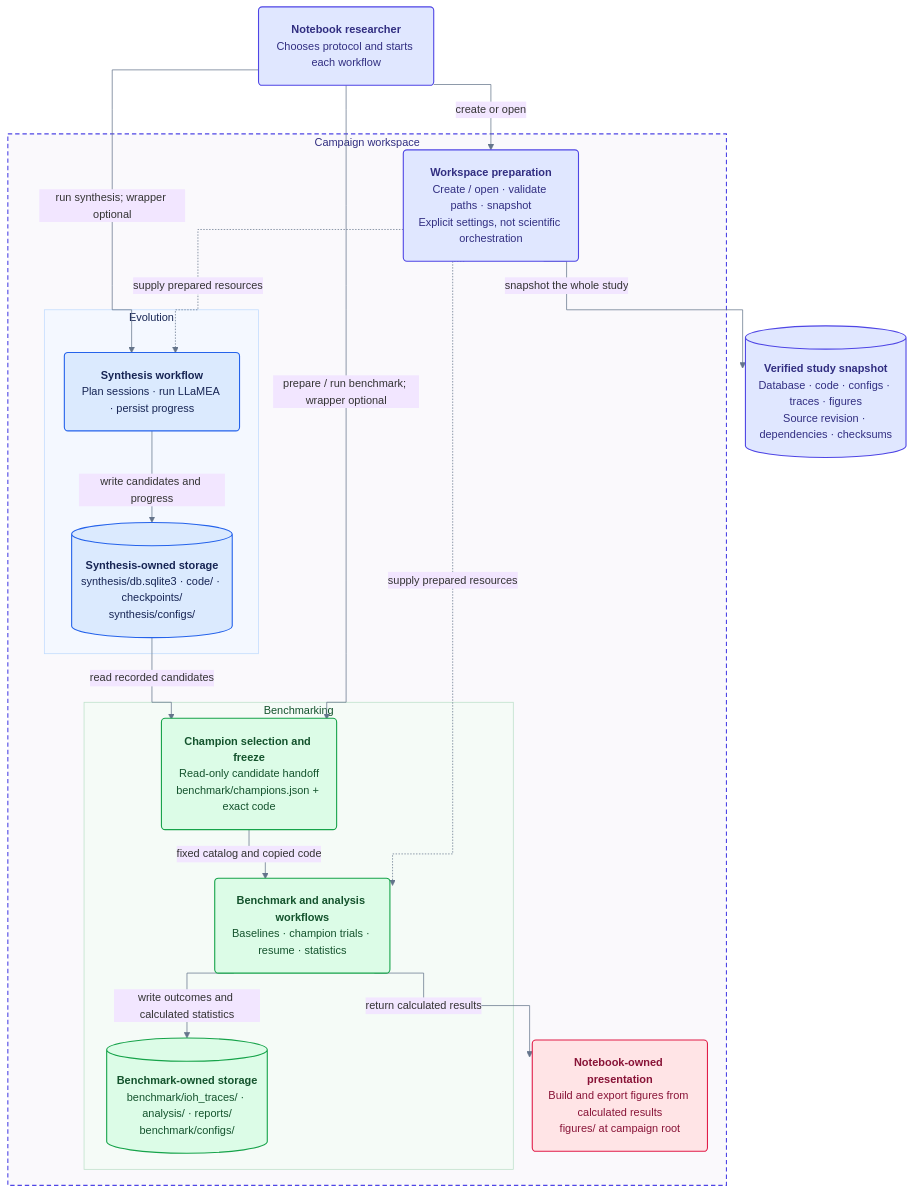
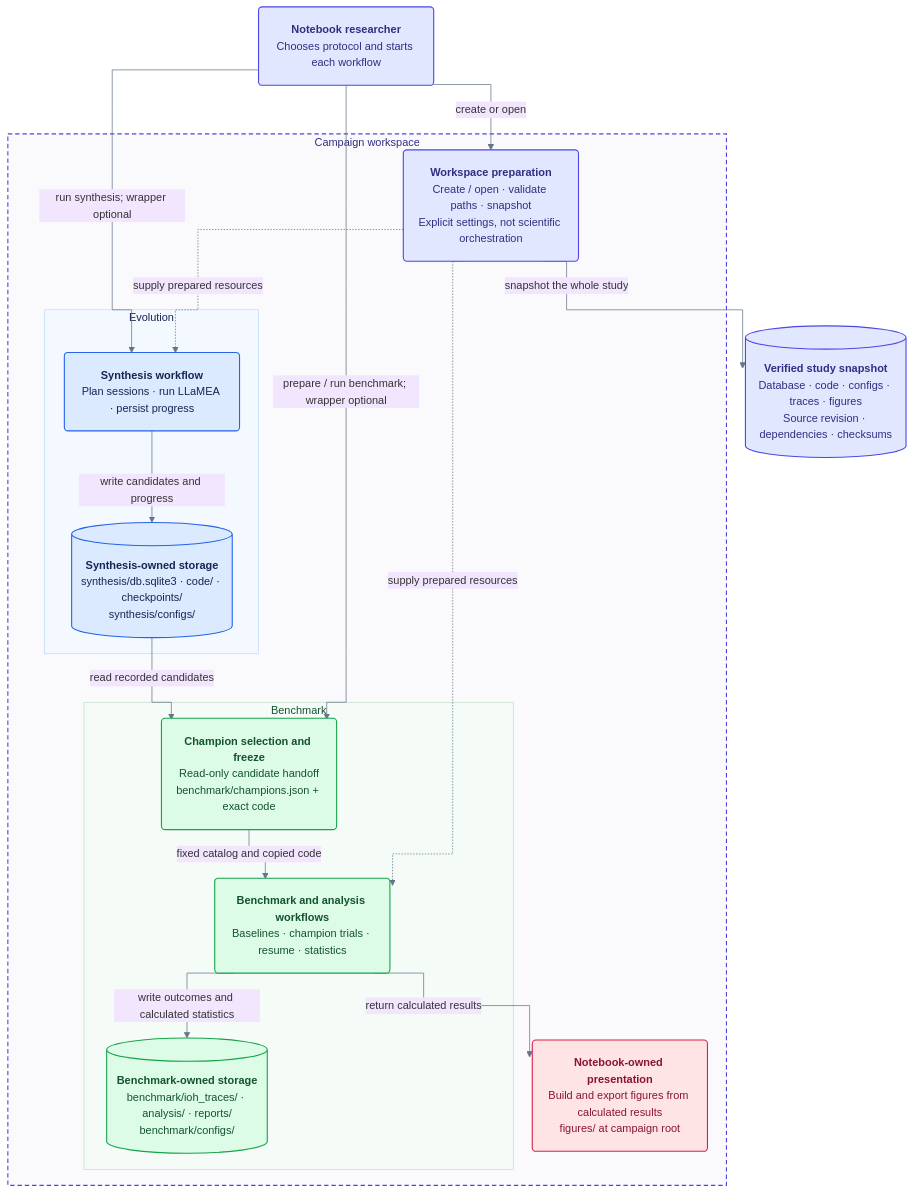
One commit to Nicola-Ibrahim/AAD_LLM changed the first of 2 diagrams in docs/plans/campaign_isolation.md. Above: the diagram before and after it, drawn with Mermaid. The commit also changed other lines of this file and 161 other files, not shown here.

````diff
--- a/docs/plans/campaign_isolation.md
+++ b/docs/plans/campaign_isolation.md
@@ -100,51 +100,51 @@
 ```mermaid
 %%{init: {"theme":"base","themeVariables":{"background":"#f2e6ff","clusterBkg":"#faf9fc","clusterBorder":"#d8d2e3","lineColor":"#64748b","edgeLabelBackground":"#f2e6ff","fontFamily":"Arial, Helvetica, sans-serif","fontSize":"15px"},"flowchart":{"curve":"stepAfter","htmlLabels":true,"nodeSpacing":32,"rankSpacing":44,"padding":20}}}%%
 flowchart TD
     accTitle: Proposed campaign workspace with independent synthesis and benchmarking
     accDescr: An optional workspace layer prepares resources for two independently callable workflows. Synthesis owns its database and generated code. Benchmarking freezes a champion catalog and records evaluation outcomes. Notebook figures live at the campaign root, and snapshots preserve the whole study.
 
     Researcher("<b>Notebook researcher</b><br/>Chooses protocol and starts each workflow")
 
     subgraph Campaign["Campaign workspace"]
         Workspace("<b>Workspace preparation</b><br/>Create / open · validate paths · snapshot<br/>Explicit settings, not scientific orchestration")
 
         subgraph Evolution["Evolution"]
             Synthesis("<b>Synthesis workflow</b><br/>Plan sessions · run LLaMEA · persist progress")
             SynthesisStore[("<b>Synthesis-owned storage</b><br/>synthesis/db.sqlite3 · code/ · checkpoints/<br/>synthesis/configs/")]
         end
 
-        subgraph Benchmarking["Benchmarking"]
+        subgraph Benchmarking["Benchmark"]
             Champions("<b>Champion selection and freeze</b><br/>Read-only candidate handoff<br/>benchmark/champions.json + exact code")
             Benchmark("<b>Benchmark and analysis workflows</b><br/>Baselines · champion trials · resume · statistics")
             BenchmarkStore[("<b>Benchmark-owned storage</b><br/>benchmark/ioh_traces/ · analysis/ · reports/<br/>benchmark/configs/")]
         end
 
         Figures("<b>Notebook-owned presentation</b><br/>Build and export figures from calculated results<br/>figures/ at campaign root")
     end
 
     Archive[("<b>Verified study snapshot</b><br/>Database · code · configs · traces · figures<br/>Source revision · dependencies · checksums")]
 
     Researcher -->|"create or open"| Workspace
     Workspace -.->|"supply prepared resources"| Synthesis
     Workspace -.->|"supply prepared resources"| Benchmark
     Researcher -->|"run synthesis; wrapper optional"| Synthesis
     Researcher -->|"prepare / run benchmark; wrapper optional"| Champions
     Synthesis -->|"write candidates and progress"| SynthesisStore
     SynthesisStore -->|"read recorded candidates"| Champions
     Champions -->|"fixed catalog and copied code"| Benchmark
     Benchmark -->|"write outcomes and calculated statistics"| BenchmarkStore
     Benchmark -->|"return calculated results"| Figures
     Workspace -->|"snapshot the whole study"| Archive
 
     classDef synthesis fill:#dbeafe,stroke:#2563eb,stroke-width:1.5px,color:#172554;
     classDef benchmark fill:#dcfce7,stroke:#16a34a,stroke-width:1.5px,color:#14532d;
     classDef workspace fill:#e0e7ff,stroke:#4f46e5,stroke-width:1.5px,color:#312e81;
     classDef presentation fill:#ffe4e6,stroke:#e11d48,stroke-width:1.5px,color:#881337;
     class Synthesis,SynthesisStore synthesis;
     class Champions,Benchmark,BenchmarkStore benchmark;
     class Researcher,Workspace,Archive workspace;
     class Figures presentation;
     style Campaign fill:#faf9fc,stroke:#4f46e5,stroke-width:1.5px,stroke-dasharray:6 4,color:#312e81;
     style Evolution fill:#f4f8ff,stroke:#bfdbfe,stroke-width:1px,color:#172554;
     style Benchmarking fill:#f5fbf7,stroke:#bbdfc8,stroke-width:1px,color:#14532d;
 ```
````
